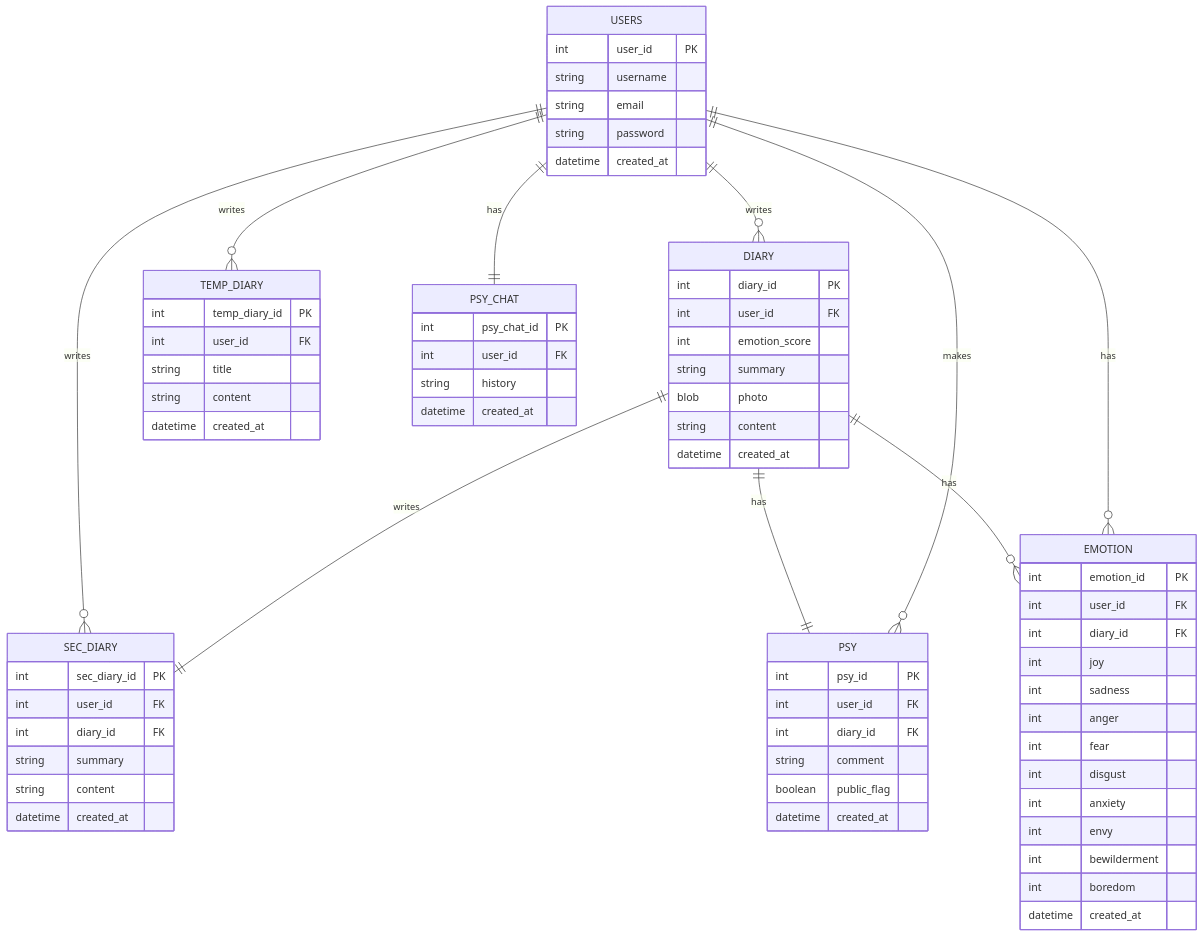
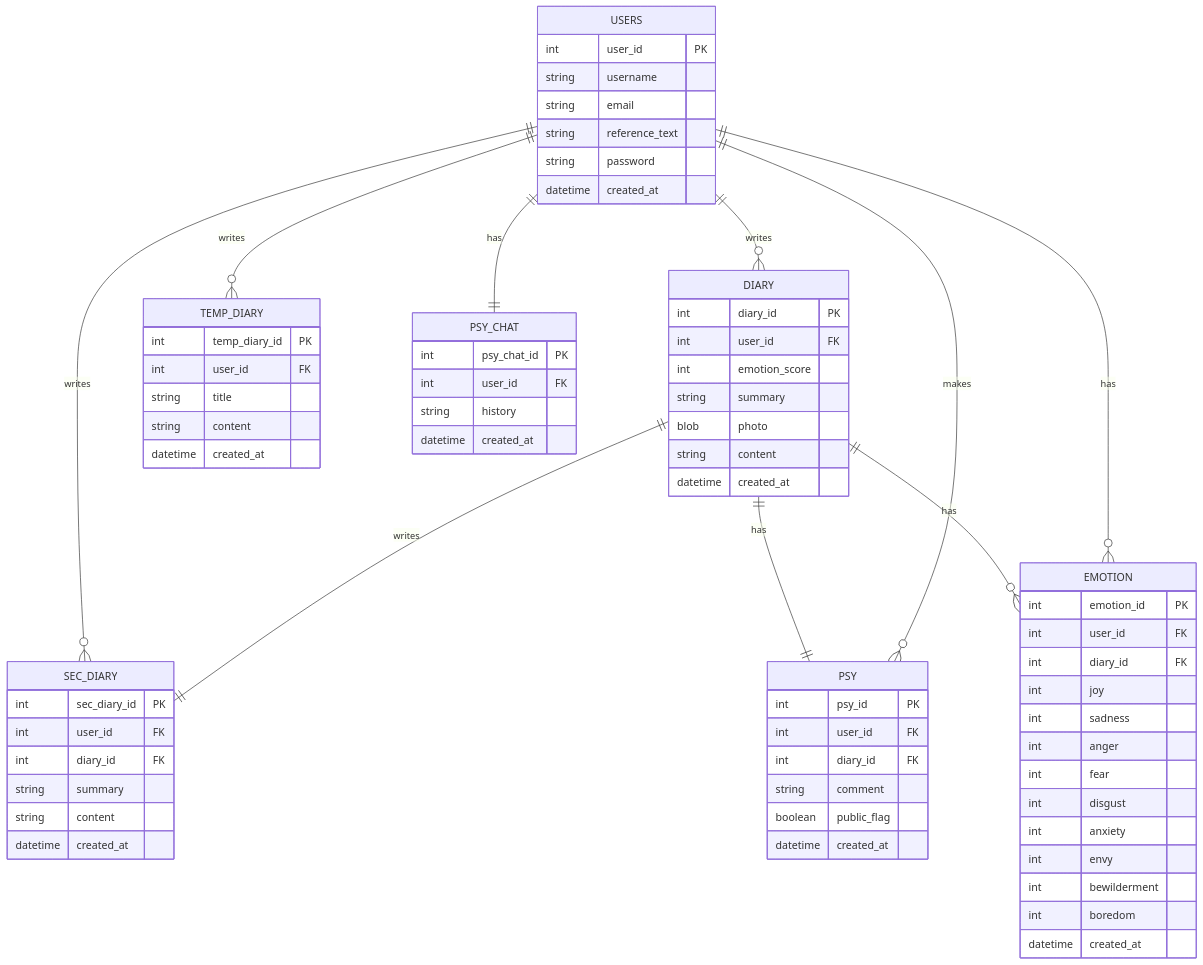
One commit to ltk1186/FOM-frontend-TAE changed the diagram in DBdiagram.md. Above: the diagram before and after it, drawn with Mermaid. The commit also changed 6 other files, not shown here.

````diff
--- a/DBdiagram.md
+++ b/DBdiagram.md
@@ -1,76 +1,77 @@
 ```mermaid
 erDiagram
     USERS ||--o{ DIARY : writes
     USERS ||--o{ TEMP_DIARY : writes
     DIARY ||--|| SEC_DIARY : writes
     USERS ||--o{ SEC_DIARY : writes
     USERS ||--o{ PSY : makes
     DIARY ||--|| PSY : has
     USERS ||--|| PSY_CHAT : has
     USERS ||--o{ EMOTION : has
     DIARY ||--o{ EMOTION : has
 
     USERS {
         int user_id PK
         string username
         string email
+        string reference_text
         string password
         datetime created_at
     }
 
     DIARY {
         int diary_id PK
         int user_id FK
         int emotion_score
         string summary
         blob photo
         string content
         datetime created_at
     }
     TEMP_DIARY {
         int temp_diary_id PK
         int user_id FK
         string title
         string content
         datetime created_at
     }
 
     EMOTION {
         int emotion_id PK
         int user_id FK
         int diary_id FK
         int joy
         int sadness
         int anger
         int fear
         int disgust
         int anxiety
         int envy
         int bewilderment
         int boredom
         datetime created_at
     }
 
     SEC_DIARY {
         int sec_diary_id PK
         int user_id FK
         int diary_id FK
         string summary
         string content
         datetime created_at
     }
     PSY {
         int psy_id PK
         int user_id FK
         int diary_id FK
         string comment
         boolean public_flag
         datetime created_at
     }
     PSY_CHAT {
         int psy_chat_id PK
         int user_id FK
         string history
         datetime created_at
     }
 ```
````
